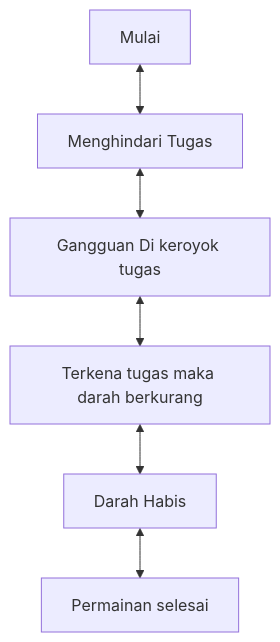
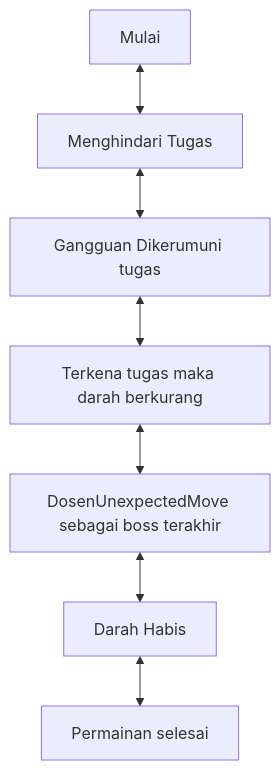
Before and after one commit to RioSudrajat/ProjectGame1: the diagram in UTS_PDP.md, drawn with Mermaid. The commit also changed other lines of this file, not shown here.

````diff
--- a/UTS_PDP.md
+++ b/UTS_PDP.md
@@ -38,8 +44,9 @@
 ```mermaid
 flowchart TD
     A[Mulai] <-->B[Menghindari Tugas]
-    B <--> C[Gangguan Di keroyok tugas]
+    B <--> C[Gangguan Dikerumuni tugas]
     C <--> D[Terkena tugas maka darah berkurang]
-    D <--> E[Darah Habis]
-    E <--> F[Permainan selesai]
+    D <--> E[DosenUnexpectedMove sebagai boss terakhir]
+    E <--> F[Darah Habis]
+    F <--> G[Permainan selesai]
 ```
````
